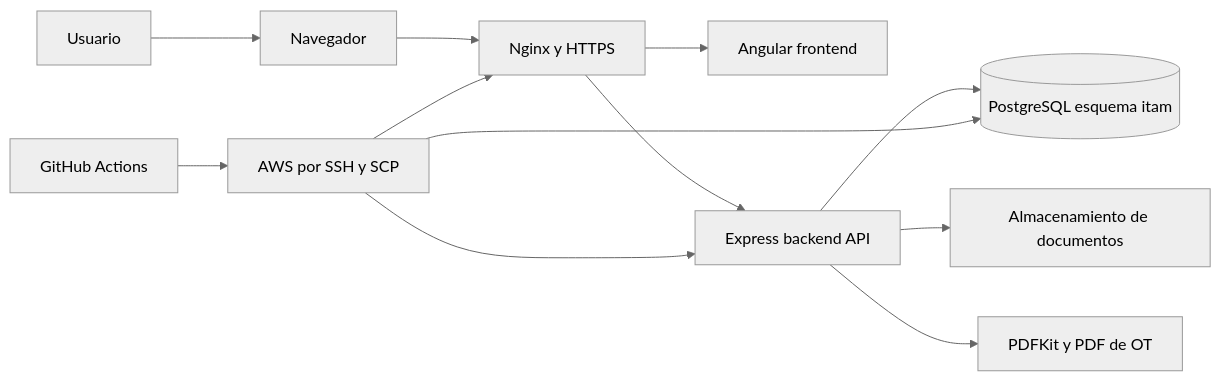
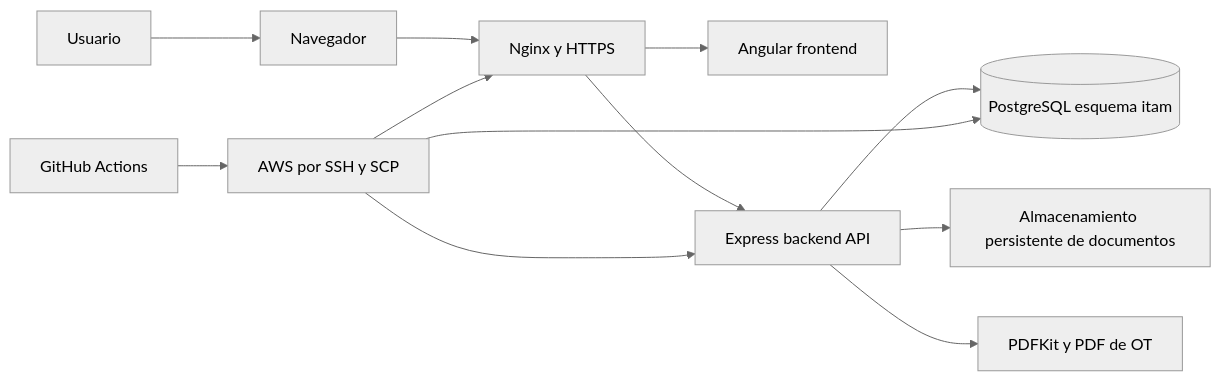
Before and after one commit to Francisco694/itam-v3-aguas-san-isidro: the first of 5 diagrams in docs/entrega/07_Esquematico_del_Sistema.md, drawn with Mermaid (neutral theme). The commit also changed other lines of this file and 28 other files, not shown here.

````diff
--- a/docs/entrega/07_Esquematico_del_Sistema.md
+++ b/docs/entrega/07_Esquematico_del_Sistema.md
@@ -5,14 +5,14 @@
 ```mermaid
 flowchart LR
   U[Usuario] --> B[Navegador]
   B --> N[Nginx y HTTPS]
   N --> F[Angular frontend]
   N --> A[Express backend API]
   A --> DB[(PostgreSQL esquema itam)]
-  A --> FS[Almacenamiento de documentos]
+  A --> FS[Almacenamiento persistente de documentos]
   A --> PDF[PDFKit y PDF de OT]
   G[GitHub Actions] --> AWS[AWS por SSH y SCP]
   AWS --> N
   AWS --> A
   AWS --> DB
 ```
````
